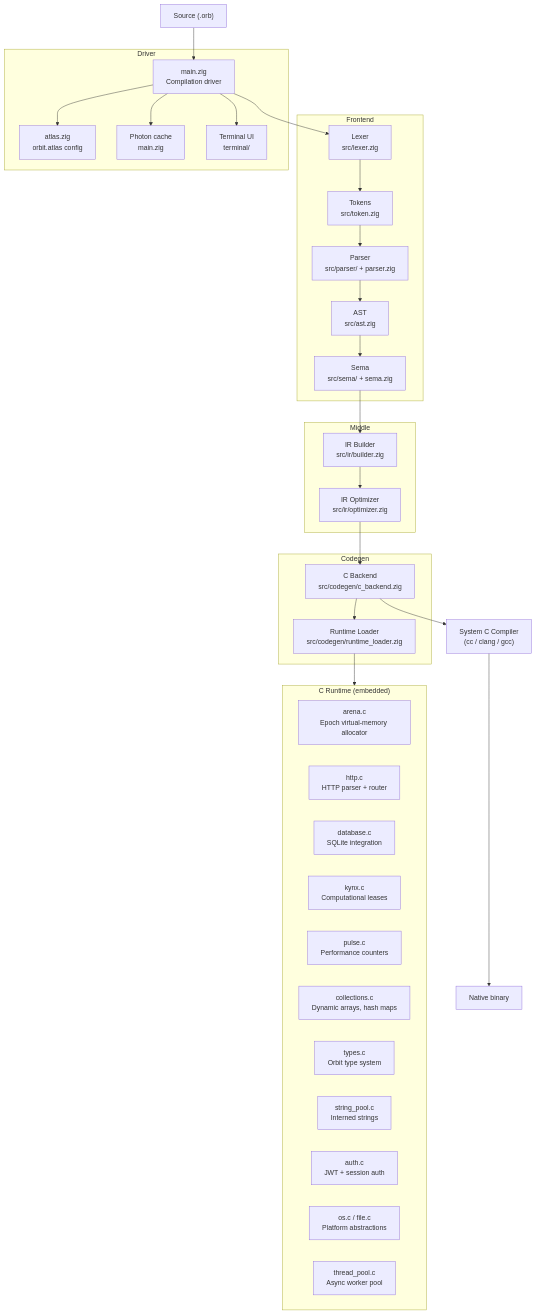
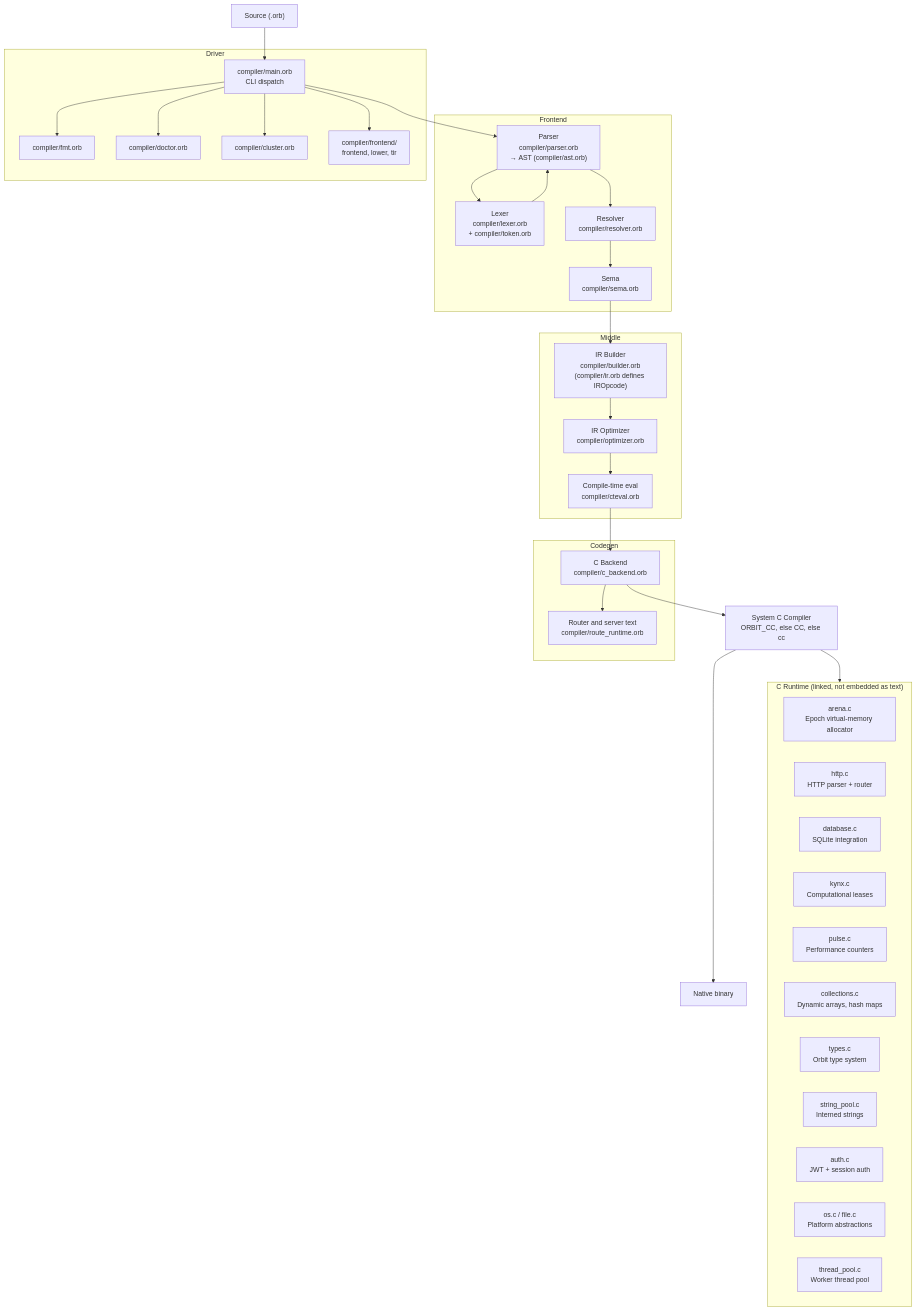
One commit to joacokhzyx/orbit-lang changed the diagram in docs/ARCHITECTURE.md. Above: the diagram before and after it, drawn with Mermaid. The commit also changed other lines of this file and 111 other files, not shown here.

````diff
--- a/docs/ARCHITECTURE.md
+++ b/docs/ARCHITECTURE.md
@@ -23,55 +30,59 @@
 ```mermaid
 flowchart TD
     SRC["Source (.orb)"]
 
     subgraph Frontend
-        LEX["Lexer\nsrc/lexer.zig"]
-        TOK["Tokens\nsrc/token.zig"]
-        PAR["Parser\nsrc/parser/ + parser.zig"]
-        AST["AST\nsrc/ast.zig"]
-        SEM["Sema\nsrc/sema/ + sema.zig"]
+        LEX["Lexer\ncompiler/lexer.orb\n+ compiler/token.orb"]
+        PAR["Parser\ncompiler/parser.orb\n→ AST (compiler/ast.orb)"]
+        RES["Resolver\ncompiler/resolver.orb"]
+        SEM["Sema\ncompiler/sema.orb"]
     end
 
     subgraph Middle
-        IR["IR Builder\nsrc/ir/builder.zig"]
-        OPT["IR Optimizer\nsrc/ir/optimizer.zig"]
+        IR["IR Builder\ncompiler/builder.orb\n(compiler/ir.orb defines IROpcode)"]
+        OPT["IR Optimizer\ncompiler/optimizer.orb"]
+        CTE["Compile-time eval\ncompiler/cteval.orb"]
     end
 
     subgraph Codegen
-        CBK["C Backend\nsrc/codegen/c_backend.zig"]
-        RLD["Runtime Loader\nsrc/codegen/runtime_loader.zig"]
+        CBK["C Backend\ncompiler/c_backend.orb"]
+        RTM["Router and server text\ncompiler/route_runtime.orb"]
     end
 
-    subgraph Runtime["C Runtime (embedded)"]
+    subgraph Runtime["C Runtime (linked, not embedded as text)"]
         ARN["arena.c\nEpoch virtual-memory allocator"]
         HTTP["http.c\nHTTP parser + router"]
         DB["database.c\nSQLite integration"]
         KYN["kynx.c\nComputational leases"]
         PLS["pulse.c\nPerformance counters"]
         COL["collections.c\nDynamic arrays, hash maps"]
         TYP["types.c\nOrbit type system"]
         STR["string_pool.c\nInterned strings"]
         AUTH["auth.c\nJWT + session auth"]
         OS["os.c / file.c\nPlatform abstractions"]
-        THR["thread_pool.c\nAsync worker pool"]
+        THR["thread_pool.c\nWorker thread pool"]
     end
 
     subgraph Driver
-        MAIN["main.zig\nCompilation driver"]
-        ATL["atlas.zig\norbit.atlas config"]
-        PHO["Photon cache\nmain.zig"]
-        TRM["Terminal UI\nterminal/"]
+        MAIN["compiler/main.orb\nCLI dispatch"]
+        FMT["compiler/fmt.orb"]
+        DOC["compiler/doctor.orb"]
+        CLU["compiler/cluster.orb"]
+        FE["compiler/frontend/\nfrontend, lower, tir"]
     end
 
     SRC --> MAIN
-    MAIN --> LEX
-    LEX --> TOK --> PAR --> AST --> SEM
-    SEM --> IR --> OPT --> CBK
-    CBK --> RLD
-    RLD --> Runtime
-    CBK --> CC["System C Compiler\n(cc / clang / gcc)"]
+    MAIN --> PAR
+    PAR --> LEX
+    LEX --> PAR
+    PAR --> RES --> SEM --> IR
+    IR --> OPT --> CTE --> CBK
+    CBK --> RTM
+    CBK --> CC["System C Compiler\nORBIT_CC, else CC, else cc"]
     CC --> BIN["Native binary"]
-    MAIN --> PHO
-    MAIN --> TRM
-    MAIN --> ATL
+    CC --> Runtime
+    MAIN --> FMT
+    MAIN --> DOC
+    MAIN --> CLU
+    MAIN --> FE
 ```
````
